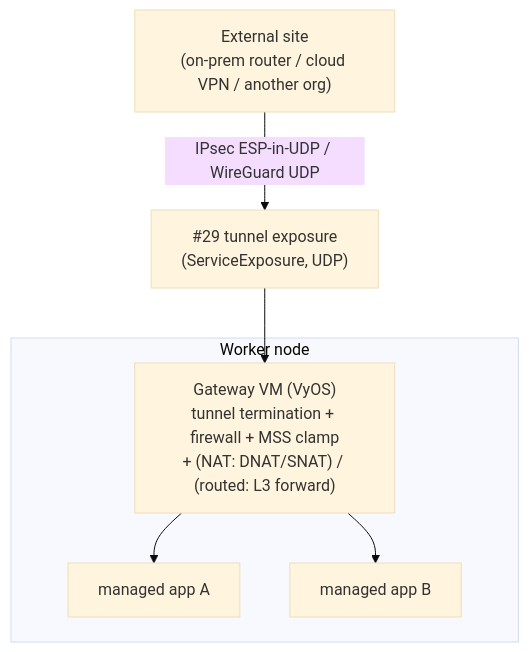
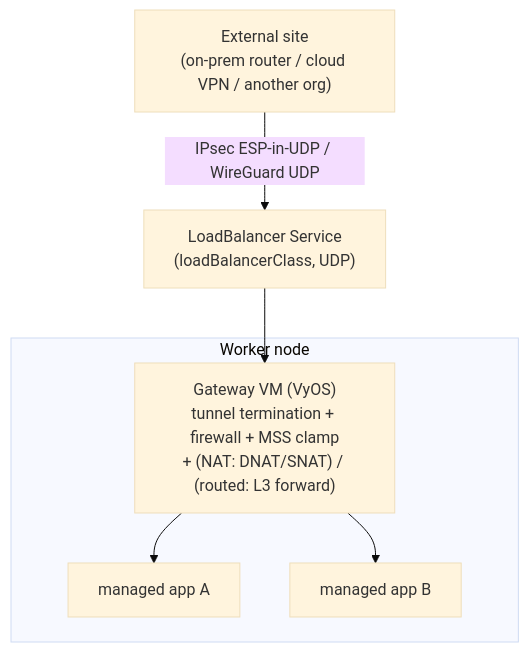
One commit to cozystack/community changed the diagram in design-proposals/tenant-site-connectivity/README.md. Above: the diagram before and after it, drawn with Mermaid (base theme). The commit also changed other lines of this file, not shown here.

First line of the commit message:
design-proposal: swap #29 exposure dep for native LoadBalancer; fold review

````diff
--- a/design-proposals/tenant-site-connectivity/README.md
+++ b/design-proposals/tenant-site-connectivity/README.md
@@ -77,12 +78,12 @@
 ```mermaid
 flowchart TB
     ext["External site<br/>(on-prem router / cloud VPN / another org)"]
-    xp["#29 tunnel exposure<br/>(ServiceExposure, UDP)"]
+    xp["LoadBalancer Service<br/>(loadBalancerClass, UDP)"]
     subgraph node["Worker node"]
         gw["Gateway VM (VyOS)<br/>tunnel termination + firewall + MSS clamp<br/>+ (NAT: DNAT/SNAT) / (routed: L3 forward)"]
         a["managed app A"]
         b["managed app B"]
     end
     ext -->|"IPsec ESP-in-UDP / WireGuard UDP"| xp --> gw
     gw --> a & b
 ```
````
